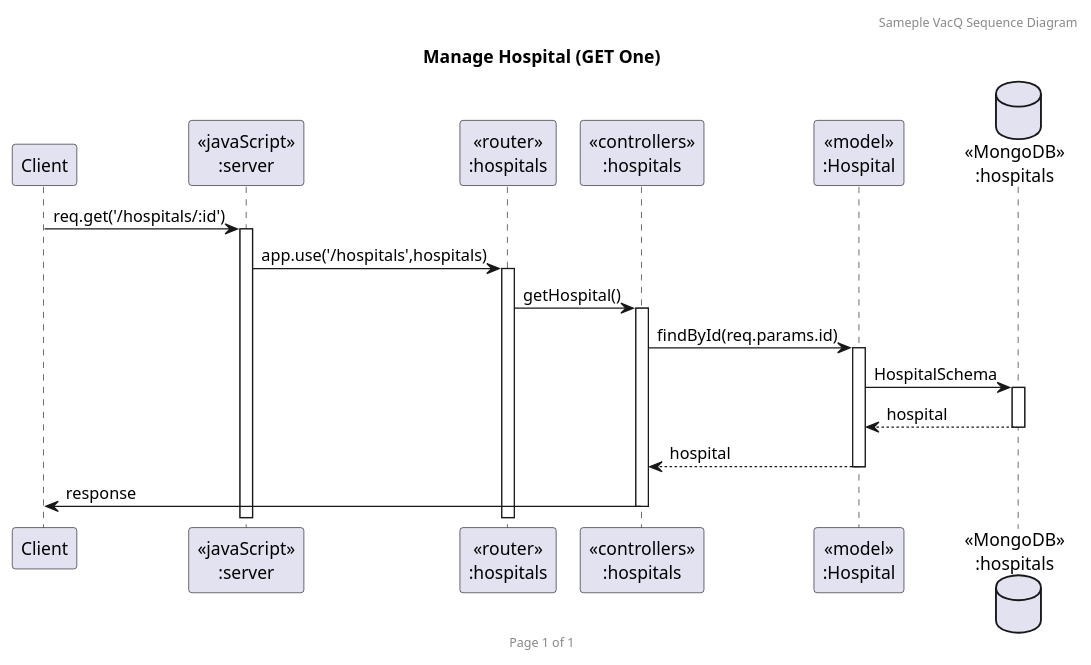
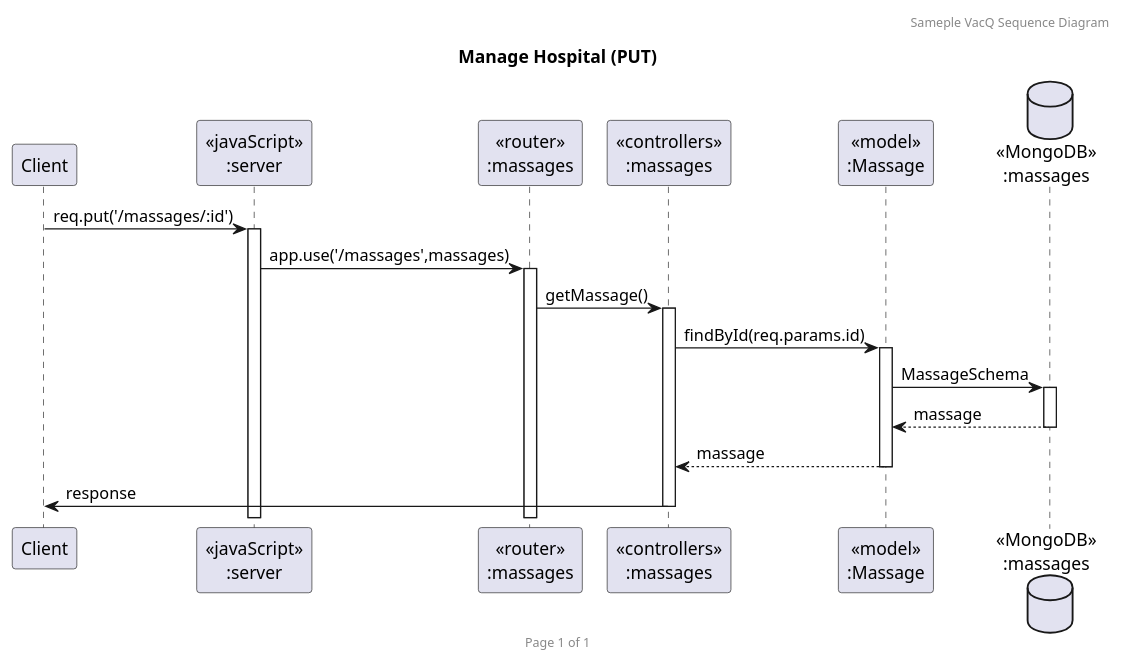
The diagram in PlantUml/getone.puml (2110503TACEDT66/presentation-day-1-samsaomidnight), drawn with PlantUML before and after one commit. The commit also changed other lines of this file and 4 other files, not shown here.

Commit message:
Appointment UML done

```diff
--- a/PlantUml/getone.puml
+++ b/PlantUml/getone.puml
@@ -1,23 +2,23 @@
-@startuml Manage Hospital (GET One)
+@startuml Appointment massage (GET one)
 
 header Sameple VacQ Sequence Diagram
 footer Page %page% of %lastpage%
-title "Manage Hospital (GET One)"
+title "Manage Hospital (PUT)"
 
 participant "Client" as client
 participant "<<javaScript>>\n:server" as server
-participant "<<router>>\n:hospitals" as routerHospitals
-participant "<<controllers>>\n:hospitals" as controllersHospitals
-participant "<<model>>\n:Hospital" as modelHospital
-database "<<MongoDB>>\n:hospitals" as HospitalsDatabase
+participant "<<router>>\n:massages" as routerMassages
+participant "<<controllers>>\n:massages" as controllersMassages
+participant "<<model>>\n:Massage" as modelMassage
+database "<<MongoDB>>\n:massages" as MassagesDatabase
 
-client->server ++:req.get('/hospitals/:id')
-server->routerHospitals ++:app.use('/hospitals',hospitals)
-routerHospitals -> controllersHospitals ++:getHospital()
-controllersHospitals->modelHospital ++:findById(req.params.id)
-modelHospital ->HospitalsDatabase ++: HospitalSchema
-HospitalsDatabase --> modelHospital --: hospital
-controllersHospitals <-- modelHospital --:hospital
-controllersHospitals->client --:response
+client->server ++:req.put('/massages/:id')
+server->routerMassages ++:app.use('/massages',massages)
+routerMassages -> controllersMassages ++:getMassage()
+controllersMassages->modelMassage ++:findById(req.params.id)
+modelMassage ->MassagesDatabase ++: MassageSchema
+MassagesDatabase --> modelMassage --: massage
+controllersMassages <-- modelMassage --:massage
+controllersMassages->client --:response
 
 @enduml
```
